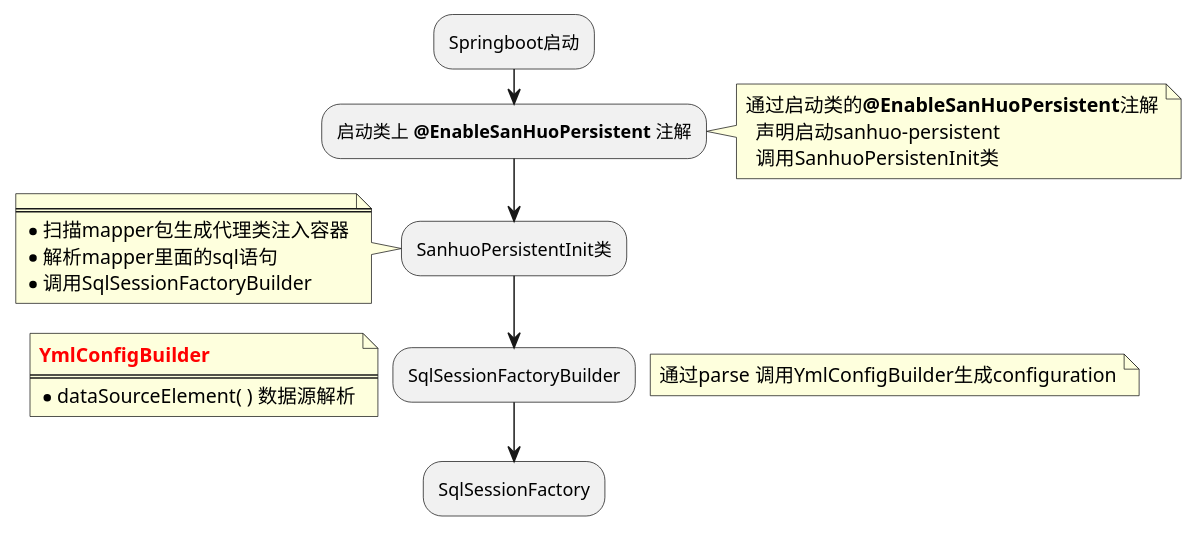
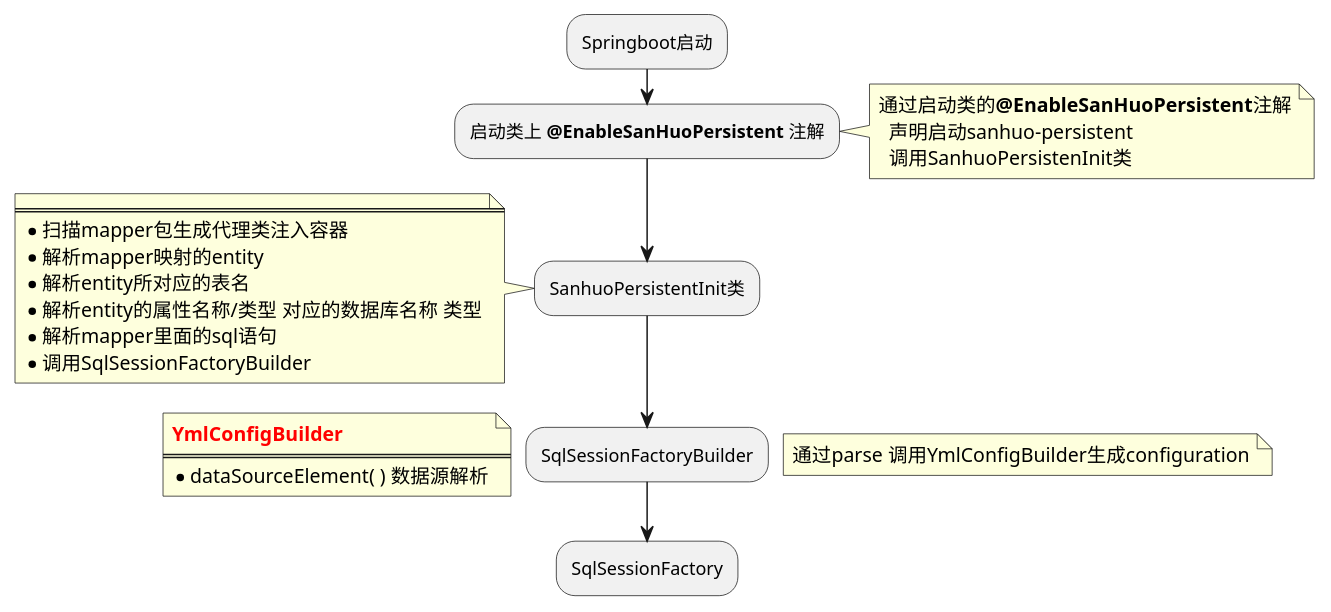
One commit to zhangzishen9/sanhuo_scaffold changed the diagram in sanhuo-persistent/启动流程图.puml. Above: the diagram before and after it, drawn with PlantUML. The commit also changed 61 other files, not shown here.

```diff
--- a/sanhuo-persistent/启动流程图.puml
+++ b/sanhuo-persistent/启动流程图.puml
@@ -1,36 +1,39 @@
 @startuml
 :Springboot启动;
 
 :启动类上 <b>@EnableSanHuoPersistent</b> 注解;
 
 
 note right
 通过启动类的<b>@EnableSanHuoPersistent</b>注解
   声明启动sanhuo-persistent
   调用SanhuoPersistenInit类
 end note
 
 :SanhuoPersistentInit类;
 
 note left
 ====
 * 扫描mapper包生成代理类注入容器
+* 解析mapper映射的entity
+* 解析entity所对应的表名
+* 解析entity的属性名称/类型 对应的数据库名称 类型
 * 解析mapper里面的sql语句
 * 调用SqlSessionFactoryBuilder
 end note
 
 :SqlSessionFactoryBuilder;
 note right
 通过parse 调用YmlConfigBuilder生成configuration
 end note
 
 
 note left
 <b><font color=red>YmlConfigBuilder
 ====
 * dataSourceElement( ) 数据源解析
 end note
 
 :SqlSessionFactory;
 
 @enduml
```
